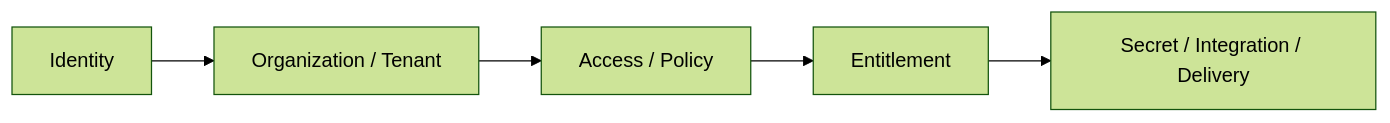
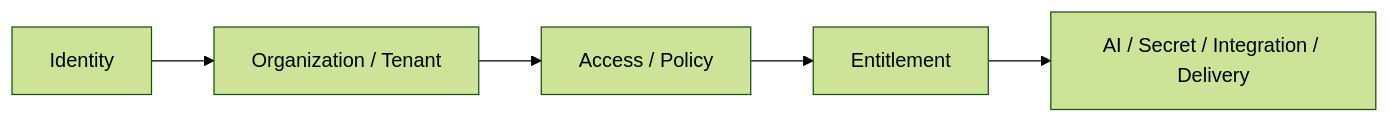
Before and after one commit to 122sp7/xuanwu-app: the second of 2 diagrams in docs/contexts/platform/subdomains.md, drawn with Mermaid (forest theme). The commit also changed other lines of this file and 12 other files, not shown here.

````diff
--- a/docs/contexts/platform/subdomains.md
+++ b/docs/contexts/platform/subdomains.md
@@ -73,7 +76,7 @@
 ```mermaid
 flowchart LR
 	Identity["Identity"] --> Organization["Organization / Tenant"]
 	Organization --> Access["Access / Policy"]
 	Access --> Entitlement["Entitlement"]
-	Entitlement --> Secret["Secret / Integration / Delivery"]
+	Entitlement --> Secret["AI / Secret / Integration / Delivery"]
 ```
````
